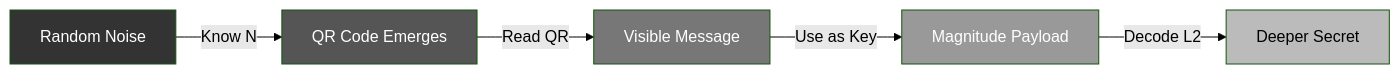
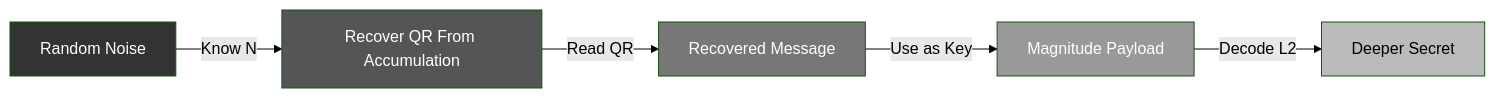
One commit to ianzepp/qrstatic changed the first of 5 diagrams in README.md. Above: the diagram before and after it, drawn with Mermaid (forest theme). The commit also changed other lines of this file and 2 other files, not shown here.

Commit message:
Clarify accumulation terminology in docs

````diff
--- a/README.md
+++ b/README.md
@@ -45,13 +47,13 @@
 ```mermaid
 graph LR
-    A["Random Noise"] -->|"Know N"| B["QR Code Emerges"]
-    B -->|"Read QR"| C["Visible Message"]
+    A["Random Noise"] -->|"Know N"| B["Recover QR From Accumulation"]
+    B -->|"Read QR"| C["Recovered Message"]
     C -->|"Use as Key"| D["Magnitude Payload"]
     D -->|"Decode L2"| E["Deeper Secret"]
 
     style A fill:#333,color:#fff
     style B fill:#555,color:#fff
     style C fill:#777,color:#fff
     style D fill:#999,color:#fff
     style E fill:#bbb,color:#000
 ```
````
